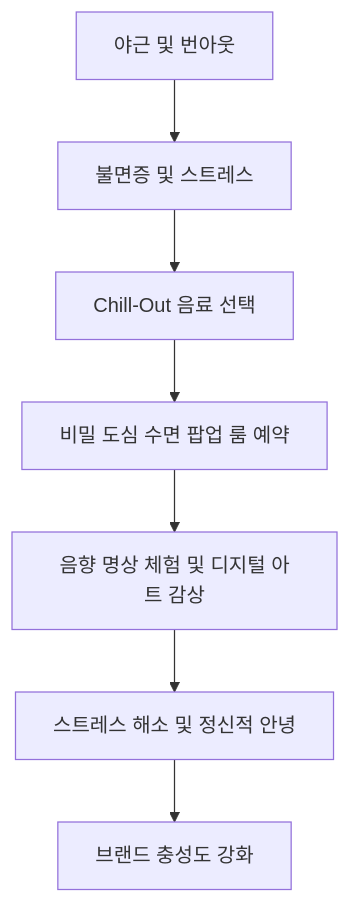
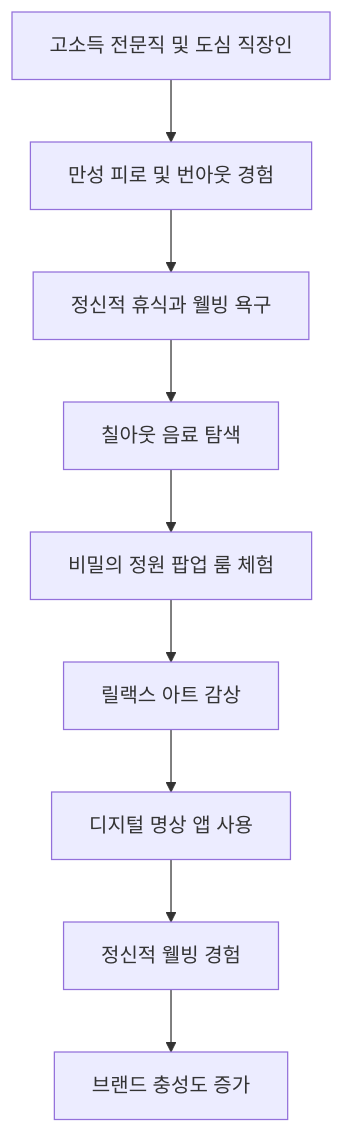
One commit to meandfree23/cd_planner changed the first of 4 diagrams in reports/칠아웃_하이엔드_스파_메타포_시뮬레이션.md. Above: the diagram before and after it, drawn with Mermaid. The commit also changed other lines of this file and 3 other files, not shown here.

````diff
--- a/reports/칠아웃_하이엔드_스파_메타포_시뮬레이션.md
+++ b/reports/칠아웃_하이엔드_스파_메타포_시뮬레이션.md
@@ -101,9 +151,11 @@
 ```mermaid
 graph TD;
-    A[야근 및 번아웃] --> B[불면증 및 스트레스]
-    B --> C[Chill-Out 음료 선택]
-    C --> D[비밀 도심 수면 팝업 룸 예약]
-    D --> E[음향 명상 체험 및 디지털 아트 감상]
-    E --> F[스트레스 해소 및 정신적 안녕]
-    F --> G[브랜드 충성도 강화]
+    A[고소득 전문직 및 도심 직장인] --> B[만성 피로 및 번아웃 경험]
+    B --> C[정신적 휴식과 웰빙 욕구]
+    C --> D[칠아웃 음료 탐색]
+    D --> E[비밀의 정원 팝업 룸 체험]
+    E --> F[릴랙스 아트 감상]
+    F --> G[디지털 명상 앱 사용]
+    G --> H[정신적 웰빙 경험]
+    H --> I[브랜드 충성도 증가]
 ```
````
